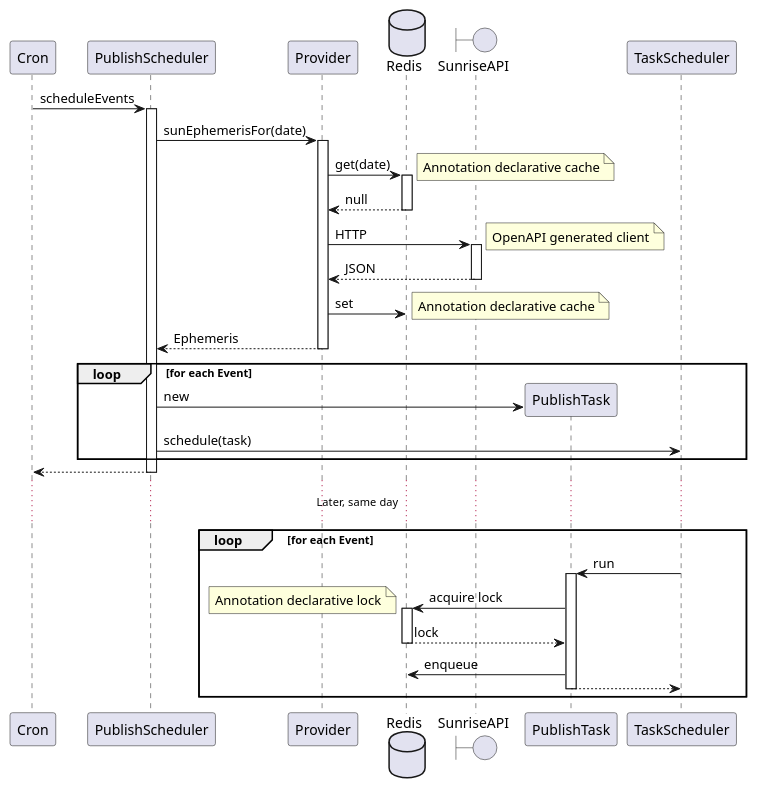
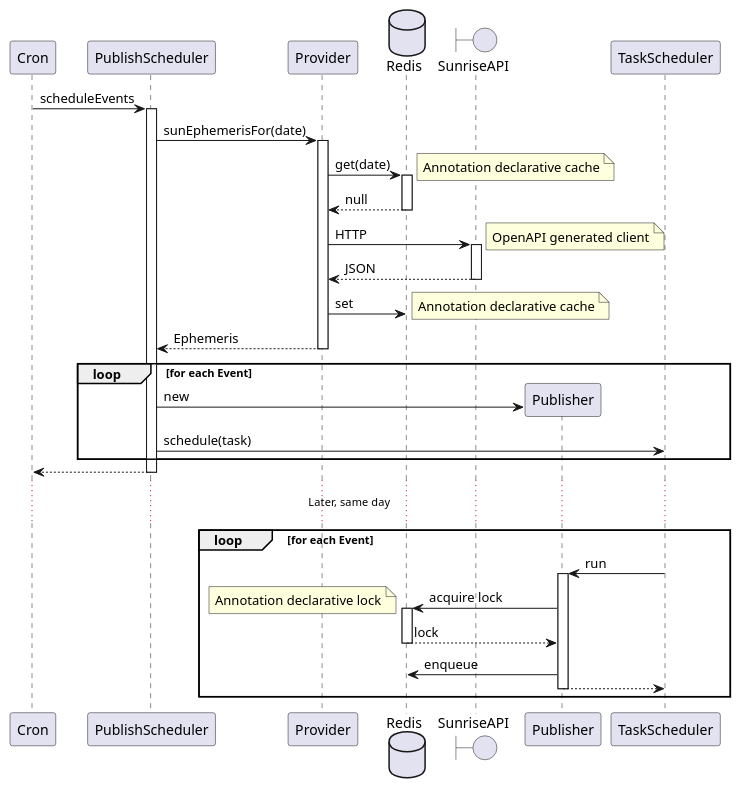
Before and after one commit to mwierzchowski/sun-ephemeris: the diagram in etc/seq-success.puml, drawn with PlantUML. The commit also changed 1 other file, not shown here.

```diff
--- a/etc/seq-success.puml
+++ b/etc/seq-success.puml
@@ -1,48 +1,48 @@
 @startuml
 
 Cron -> PublishScheduler : scheduleEvents
 activate PublishScheduler
     PublishScheduler -> Provider : sunEphemerisFor(date)
     activate Provider
         database Redis
         Provider -> Redis : get(date)
         note right : Annotation declarative cache
         activate Redis
             Provider <-- Redis : null
         deactivate Redis
         boundary SunriseAPI
         Provider -> SunriseAPI : HTTP
         note right : OpenAPI generated client
         activate SunriseAPI
             Provider <-- SunriseAPI : JSON
         deactivate SunriseAPI
         Provider -> Redis : set
         note right : Annotation declarative cache
         PublishScheduler <-- Provider : Ephemeris
     deactivate Provider
 
     loop for each Event
-        create PublishTask
-        PublishScheduler -> PublishTask : new
+        create Publisher
+        PublishScheduler -> Publisher : new
         PublishScheduler -> TaskScheduler : schedule(task)
     end
 
     Cron <-- PublishScheduler
 deactivate PublishScheduler
 
 ... Later, same day ...
 
 loop for each Event
-    TaskScheduler -> PublishTask : run
-    activate PublishTask
-        PublishTask -> Redis : acquire lock
+    TaskScheduler -> Publisher : run
+    activate Publisher
+        Publisher -> Redis : acquire lock
         note left : Annotation declarative lock
         activate Redis
-            PublishTask <-- Redis : lock
+            Publisher <-- Redis : lock
         deactivate Redis
-        PublishTask -> Redis : enqueue
-        TaskScheduler <-- PublishTask
-    deactivate PublishTask
+        Publisher -> Redis : enqueue
+        TaskScheduler <-- Publisher
+    deactivate Publisher
 end
 
 @enduml
```
